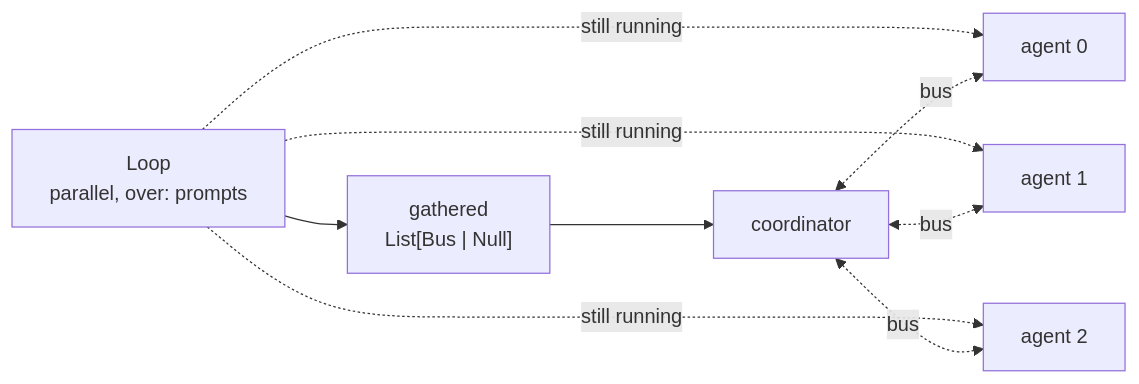
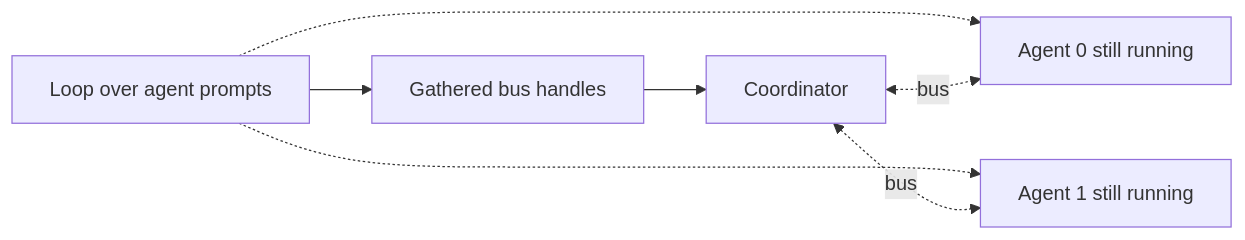
One commit to WeaveMindAI/weft changed the diagram in docs/src/language/loops.md. Above: the diagram before and after it, drawn with Mermaid. The commit also changed other lines of this file and 112 other files, not shown here.

````diff
--- a/docs/src/language/loops.md
+++ b/docs/src/language/loops.md
@@ -180,11 +177,9 @@
 ```mermaid
 flowchart LR
-    L["Loop<br/>parallel, over: prompts"] --> G["gathered<br/>List[Bus | Null]"]
-    G --> C["coordinator"]
-    L -.->|"still running"| A1["agent 0"]
-    L -.->|"still running"| A2["agent 1"]
-    L -.->|"still running"| A3["agent 2"]
-    C <-.->|"bus"| A1
-    C <-.->|"bus"| A2
-    C <-.->|"bus"| A3
+    loop["Loop over agent prompts"] --> handles["Gathered bus handles"]
+    handles --> coordinator["Coordinator"]
+    loop -.-> agentA["Agent 0 still running"]
+    loop -.-> agentB["Agent 1 still running"]
+    coordinator <-.->|bus| agentA
+    coordinator <-.->|bus| agentB
 ```
````
